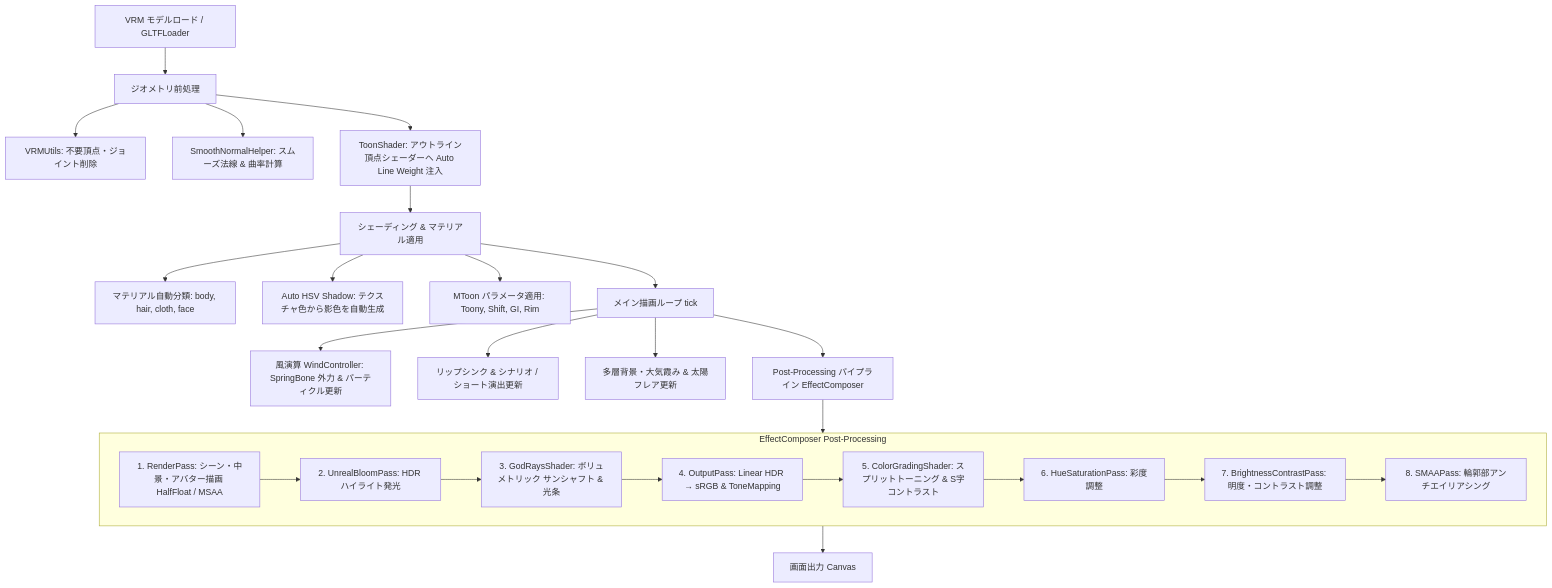
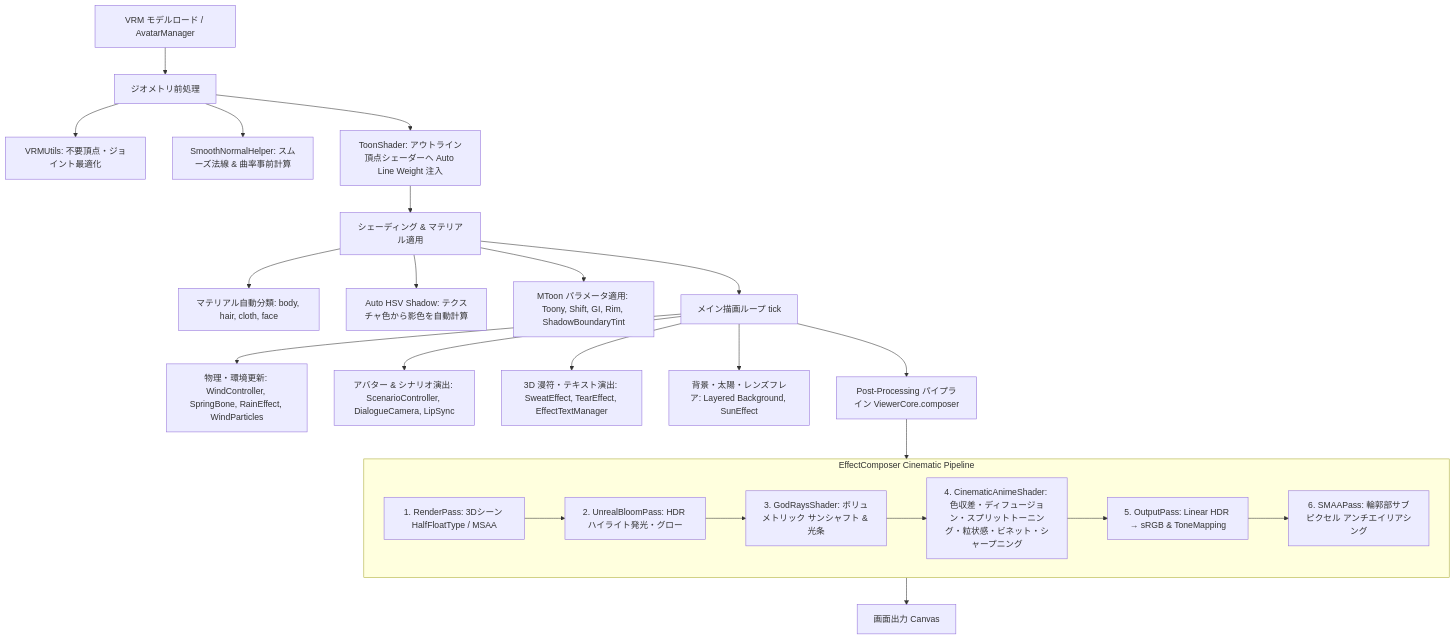
The diagram in README.md (uemegu/AnimeVRM), drawn with Mermaid before and after one commit. The commit also changed other lines of this file and 4 other files, not shown here.

````diff
--- a/README.md
+++ b/README.md
@@ -89,33 +112,32 @@
 ```mermaid
 flowchart TD
-    A[VRM モデルロード / GLTFLoader] --> B[ジオメトリ前処理]
-    B --> B1[VRMUtils: 不要頂点・ジョイント削除]
-    B --> B2[SmoothNormalHelper: スムーズ法線 & 曲率計算]
+    A[VRM モデルロード / AvatarManager] --> B[ジオメトリ前処理]
+    B --> B1[VRMUtils: 不要頂点・ジョイント最適化]
+    B --> B2[SmoothNormalHelper: スムーズ法線 & 曲率事前計算]
     B --> B3[ToonShader: アウトライン頂点シェーダーへ Auto Line Weight 注入]
 
     B3 --> C[シェーディング & マテリアル適用]
     C --> C1[マテリアル自動分類: body, hair, cloth, face]
-    C --> C2[Auto HSV Shadow: テクスチャ色から影色を自動生成]
-    C --> C3[MToon パラメータ適用: Toony, Shift, GI, Rim]
+    C --> C2[Auto HSV Shadow: テクスチャ色から影色を自動計算]
+    C --> C3[MToon パラメータ適用: Toony, Shift, GI, Rim, ShadowBoundaryTint]
 
     C --> D[メイン描画ループ tick]
-    D --> D1[風演算 WindController: SpringBone 外力 & パーティクル更新]
-    D --> D2[リップシンク & シナリオ / ショート演出更新]
-    D --> D3[多層背景・大気霞み & 太陽フレア更新]
-    D --> D4[Post-Processing パイプライン EffectComposer]
+    D --> D1[物理・環境更新: WindController, SpringBone, RainEffect, WindParticles]
+    D --> D2[アバター & シナリオ演出: ScenarioController, DialogueCamera, LipSync]
+    D --> D3[3D 漫符・テキスト演出: SweatEffect, TearEffect, EffectTextManager]
+    D --> D4[背景・太陽・レンズフレア: Layered Background, SunEffect]
+    D --> D5[Post-Processing パイプライン ViewerCore.composer]
 
-    subgraph EffectComposer [EffectComposer Post-Processing]
-        E1[1. RenderPass: シーン・中景・アバター描画 HalfFloat / MSAA]
-        E2[2. UnrealBloomPass: HDR ハイライト発光]
+    subgraph EffectComposer [EffectComposer Cinematic Pipeline]
+        E1[1. RenderPass: 3Dシーン HalfFloatType / MSAA]
+        E2[2. UnrealBloomPass: HDR ハイライト発光・グロー]
         E3[3. GodRaysShader: ボリュメトリック サンシャフト & 光条]
-        E4[4. OutputPass: Linear HDR → sRGB & ToneMapping]
-        E5[5. ColorGradingShader: スプリットトーニング & S字コントラスト]
-        E6[6. HueSaturationPass: 彩度調整]
-        E7[7. BrightnessContrastPass: 明度・コントラスト調整]
-        E8[8. SMAAPass: 輪郭部アンチエイリアシング]
-        E1 --> E2 --> E3 --> E4 --> E5 --> E6 --> E7 --> E8
+        E4[4. CinematicAnimeShader: 色収差・ディフュージョン・スプリットトーニング・粒状感・ビネット・シャープニング]
+        E5[5. OutputPass: Linear HDR → sRGB & ToneMapping]
+        E6[6. SMAAPass: 輪郭部サブピクセル アンチエイリアシング]
+        E1 --> E2 --> E3 --> E4 --> E5 --> E6
     end
 
-    D4 --> EffectComposer
+    D5 --> EffectComposer
     EffectComposer --> F[画面出力 Canvas]
 ```
````
